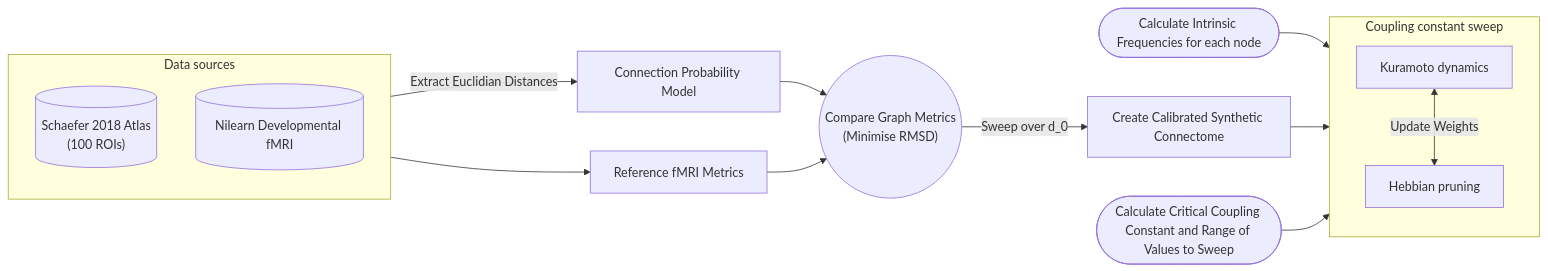
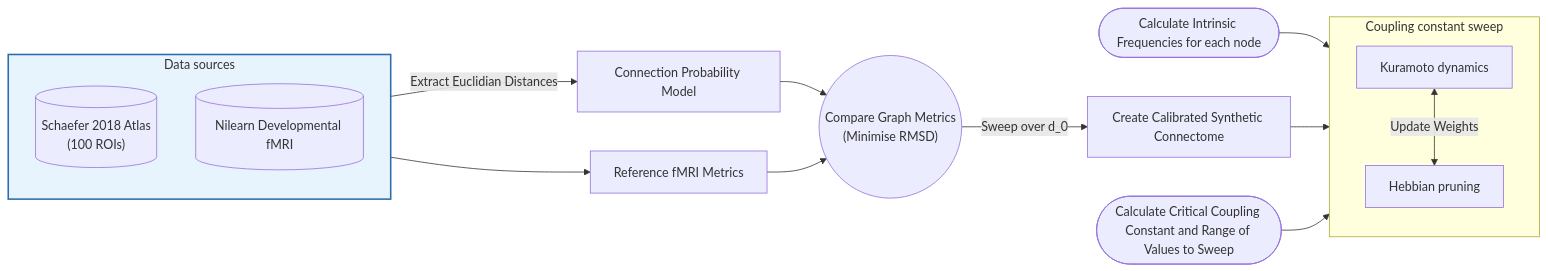
Before and after one commit to R-eya/Kuramoto-Hebbian-Style-Pruning-of-Synthetic-Connectomes: the diagram in README.md, drawn with Mermaid.

````diff
--- a/README.md
+++ b/README.md
@@ -7,24 +7,25 @@
 ```mermaid
 flowchart LR
 
     subgraph Inputs ["Data sources"]
         direction TB
         Q[("Schaefer 2018 atlas<br/>(100 ROIs)")]
         A[("Nilearn developmental fMRI")]
     end
+    style Inputs fill:#e8f4fd,stroke:#2b6cb0,stroke-width:2px
 
     Q[("Schaefer 2018 Atlas <br> (100 ROIs)")] -->|Extract Euclidian Distances| W[Connection Probability Model] -->C
 
     G([Calculate Intrinsic Frequencies for each node]) --> E[Kuramoto Dynamics]
     A[(Nilearn Developmental fMRI)] -->B[Reference fMRI Metrics]--> C(("Compare Graph Metrics <br> (Minimise RMSD)" )) -->|Sweep over d_0 | D[Create Calibrated Synthetic Connectome]
     D --> E
 
     F([Calculate Critical Coupling Constant and Range of Values to Sweep]) --> E
 
     subgraph Sweep ["Coupling constant sweep"]
         direction TB
         E["Kuramoto dynamics"]
         H["Hebbian pruning"]
         E <-->|"Update Weights"| H
     end
 ```
````
